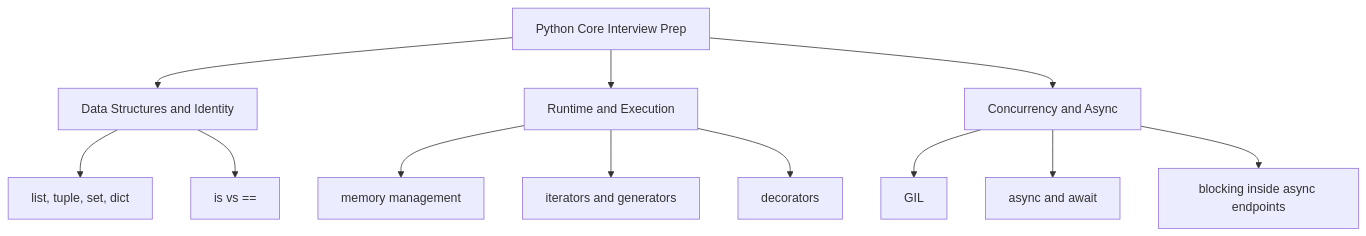
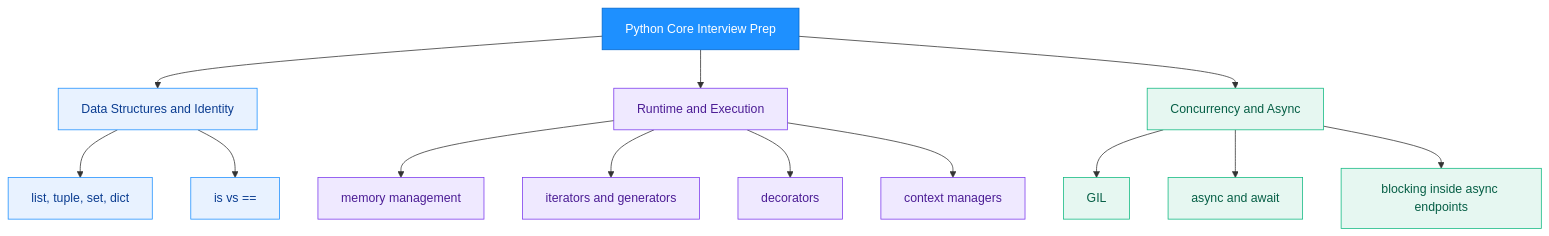
One commit to yakhyo/yakhyo.github.io changed the first of 4 diagrams in _posts/2026/2026-05-17-python-core-interview-questions.md. Above: the diagram before and after it, drawn with Mermaid. The commit also changed other lines of this file and 1 other file, not shown here.

```diff
--- a/_posts/2026/2026-05-17-python-core-interview-questions.md
+++ b/_posts/2026/2026-05-17-python-core-interview-questions.md
@@ -29,14 +31,24 @@
 <div class="mermaid">
 flowchart TD
     A["Python Core Interview Prep"] --> B["Data Structures and Identity"]
     A --> C["Runtime and Execution"]
     A --> D["Concurrency and Async"]
     B --> B1["list, tuple, set, dict"]
     B --> B2["is vs =="]
     C --> C1["memory management"]
     C --> C2["iterators and generators"]
     C --> C3["decorators"]
+    C --> C4["context managers"]
     D --> D1["GIL"]
     D --> D2["async and await"]
     D --> D3["blocking inside async endpoints"]
+
+    classDef hub fill:#1e90ff,stroke:#0066cc,color:#ffffff;
+    classDef g1 fill:#e8f2ff,stroke:#1e90ff,color:#0b3d91;
+    classDef g2 fill:#efe9ff,stroke:#7c3aed,color:#4c1d95;
+    classDef g3 fill:#e6f7f1,stroke:#10b981,color:#065f46;
+    class A hub;
+    class B,B1,B2 g1;
+    class C,C1,C2,C3,C4 g2;
+    class D,D1,D2,D3 g3;
 </div>
```
